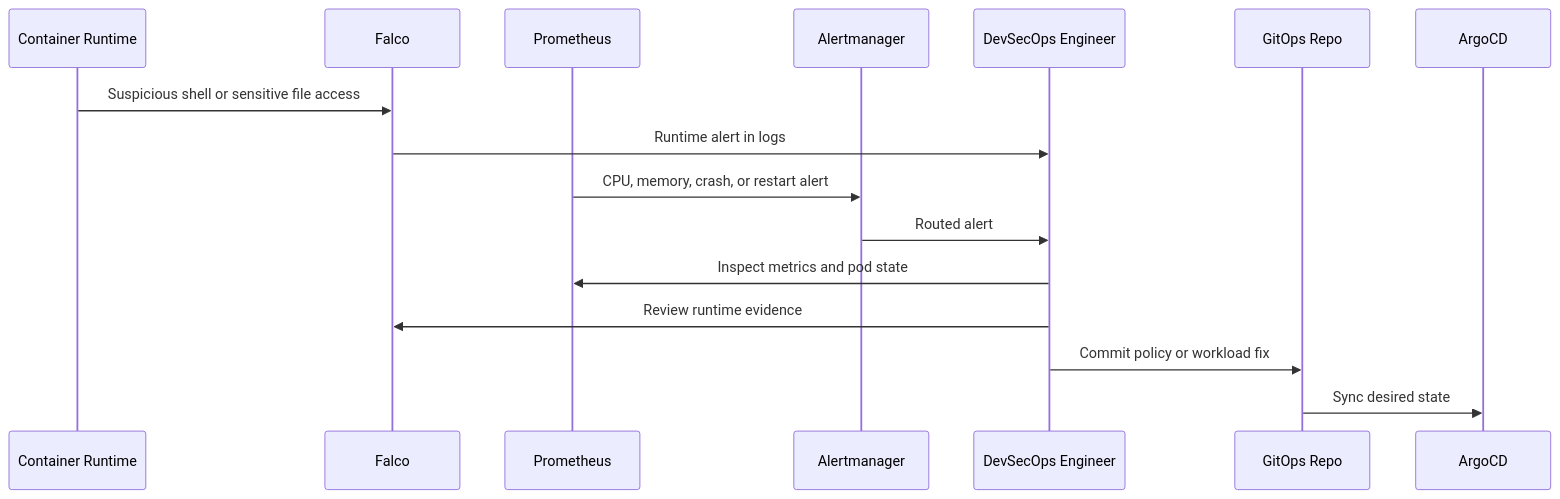
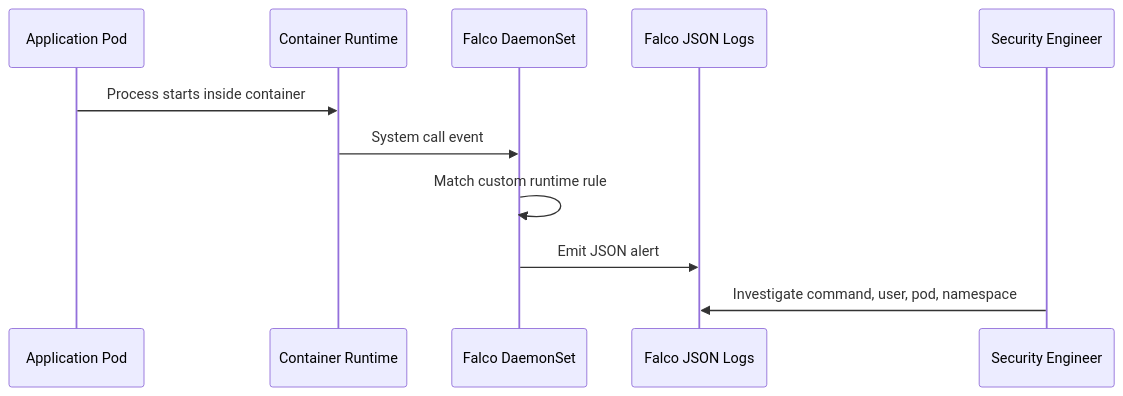
Before and after one commit to AssassinSaurabh/enterprise-devsecops-platform: the sixth of 9 diagrams in docs/architecture.md, drawn with Mermaid. The commit also changed other lines of this file and 8 other files, not shown here.

Commit message:
docs: publish professional platform architecture

````diff
--- a/docs/architecture.md
+++ b/docs/architecture.md
@@ -61,18 +145,14 @@
 ```mermaid
 sequenceDiagram
+  participant Pod as Application Pod
   participant Runtime as Container Runtime
-  participant Falco as Falco
-  participant Prom as Prometheus
-  participant AM as Alertmanager
-  participant Engineer as DevSecOps Engineer
-  participant Git as GitOps Repo
+  participant Falco as Falco DaemonSet
+  participant Logs as Falco JSON Logs
+  participant Engineer as Security Engineer
 
-  Runtime->>Falco: Suspicious shell or sensitive file access
-  Falco->>Engineer: Runtime alert in logs
-  Prom->>AM: CPU, memory, crash, or restart alert
-  AM->>Engineer: Routed alert
-  Engineer->>Prom: Inspect metrics and pod state
-  Engineer->>Falco: Review runtime evidence
-  Engineer->>Git: Commit policy or workload fix
-  Git->>ArgoCD: Sync desired state
+  Pod->>Runtime: Process starts inside container
+  Runtime->>Falco: System call event
+  Falco->>Falco: Match custom runtime rule
+  Falco->>Logs: Emit JSON alert
+  Engineer->>Logs: Investigate command, user, pod, namespace
 ```
````
